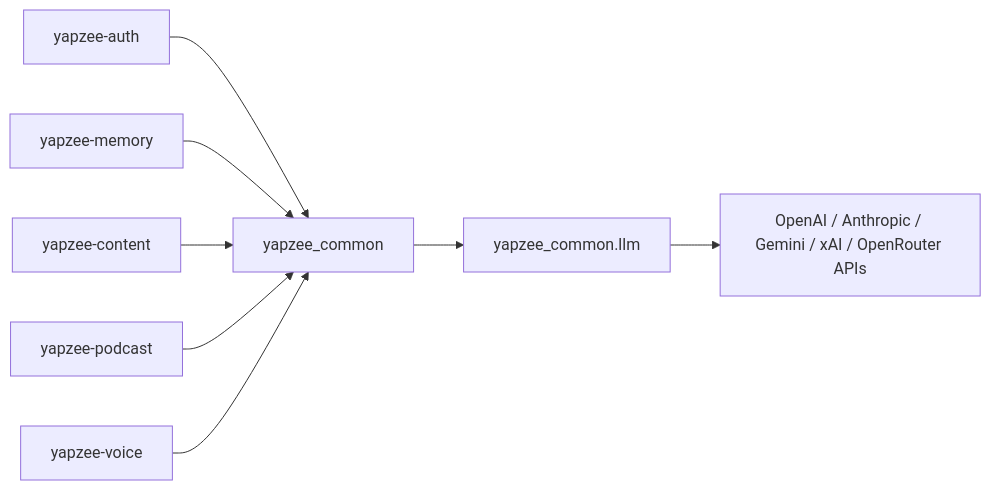
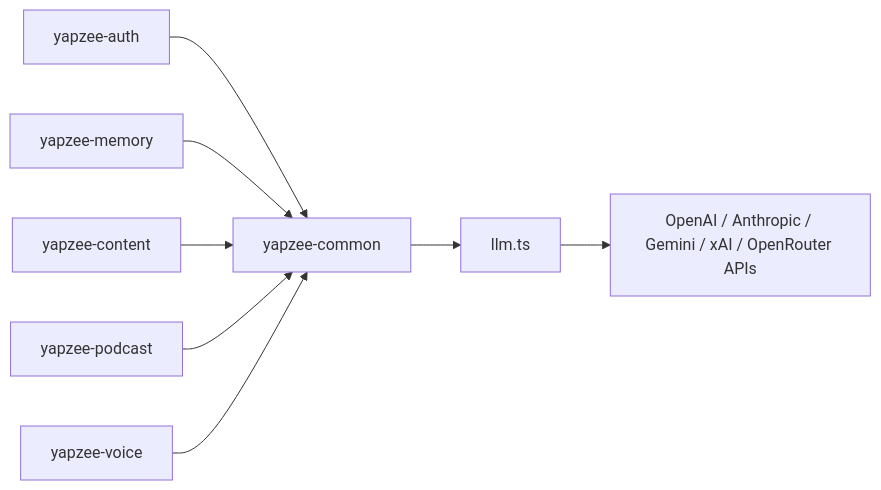
Before and after one commit to pisithrps/yapzee-common: the diagram in README.md, drawn with Mermaid. The commit also changed other lines of this file and 30 other files, not shown here.

First line of the commit message:
feat!: port yapzee-common to TypeScript on Bun (Python->TS migration, SD-06)

````diff
--- a/README.md
+++ b/README.md
@@ -11,10 +17,10 @@
 ```mermaid
 flowchart LR
-    auth[yapzee-auth] --> common[yapzee_common]
+    auth[yapzee-auth] --> common[yapzee-common]
     memory[yapzee-memory] --> common
     content[yapzee-content] --> common
     podcast[yapzee-podcast] --> common
     voice[yapzee-voice] --> common
-    common --> llm[yapzee_common.llm]
+    common --> llm[llm.ts]
     llm --> apis["OpenAI / Anthropic / Gemini / xAI / OpenRouter APIs"]
 ```
````
